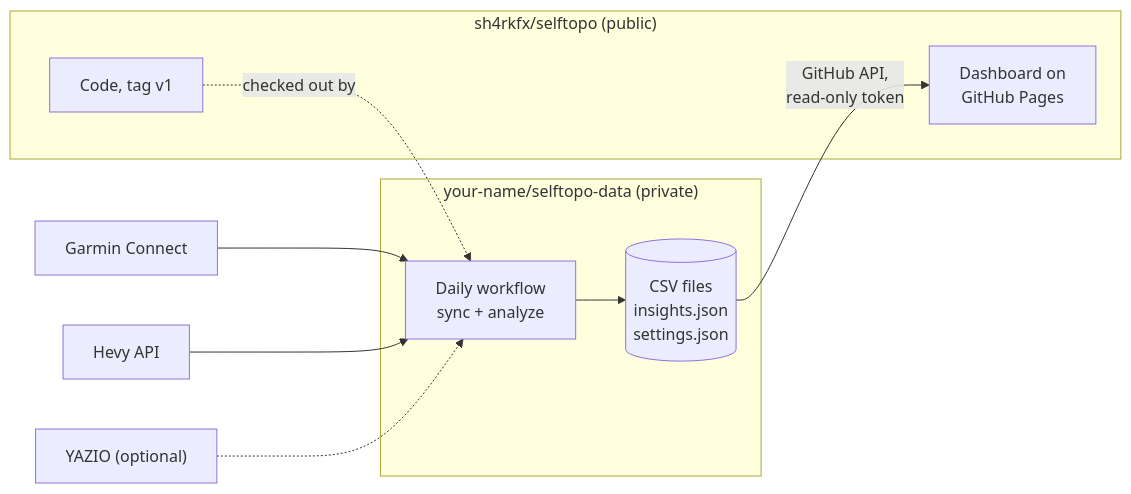
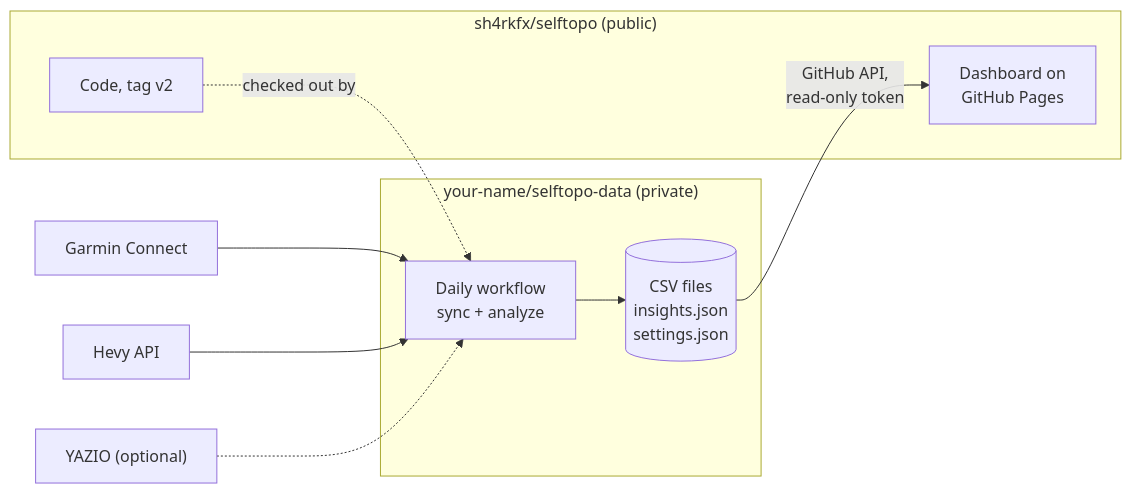
The diagram in README.md (sh4rkfx/selftopo), drawn with Mermaid before and after one commit. The commit also changed other lines of this file and 6 other files, not shown here.

````diff
--- a/README.md
+++ b/README.md
@@ -43,14 +43,14 @@
 ```mermaid
 flowchart LR
     G["Garmin Connect"] --> S
     H["Hevy API"] --> S
     Y["YAZIO (optional)"] -.-> S
     subgraph P["your-name/selftopo-data (private)"]
         S["Daily workflow<br/>sync + analyze"] --> C[("CSV files<br/>insights.json<br/>settings.json")]
     end
     subgraph O["sh4rkfx/selftopo (public)"]
-        K["Code, tag v1"] -. checked out by .-> S
+        K["Code, tag v2"] -. checked out by .-> S
         D["Dashboard on<br/>GitHub Pages"]
     end
     C -- "GitHub API,<br/>read-only token" --> D
 ```
````
